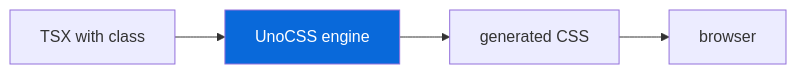
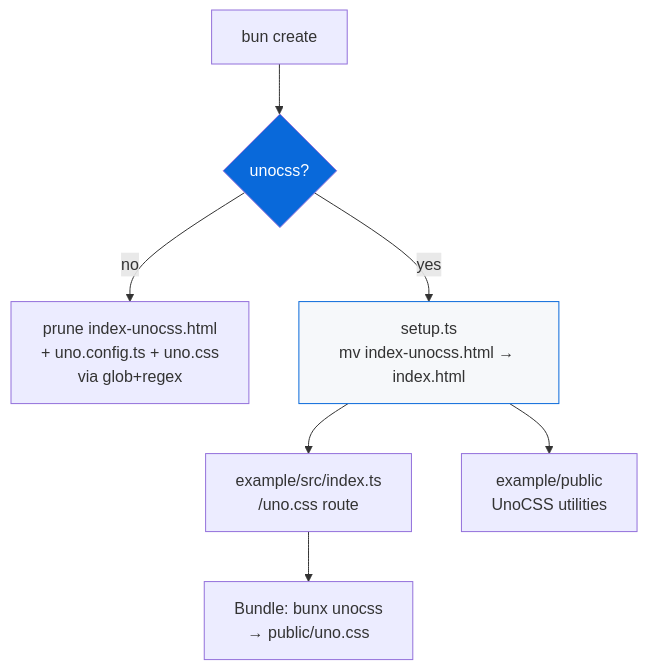
The diagram in configs/unocss/README.md (Archont561/ts-monorepo-template), drawn with Mermaid before and after one commit. The commit also changed other lines of this file and 24 other files, not shown here.

````diff
--- a/configs/unocss/README.md
+++ b/configs/unocss/README.md
@@ -38,8 +18,12 @@
 ```mermaid
-graph LR
-    A[TSX with class] --> B[UnoCSS engine]
-    B --> C[generated CSS]
-    C --> D[browser]
+graph TD
+    A[bun create] --> B{unocss?}
+    B -->|no| C[prune index-unocss.html<br/>+ uno.config.ts + uno.css<br/>via glob+regex]
+    B -->|yes| D[setup.ts<br/>mv index-unocss.html → index.html]
+    D --> E[example/src/index.ts<br/>/uno.css route]
+    D --> F[example/public<br/>UnoCSS utilities]
+    E --> G[Bundle: bunx unocss<br/>→ public/uno.css]
 
     style B fill:#0969DA,color:#fff
+    style D fill:#f6f8fa,stroke:#0969DA
 ```
````
